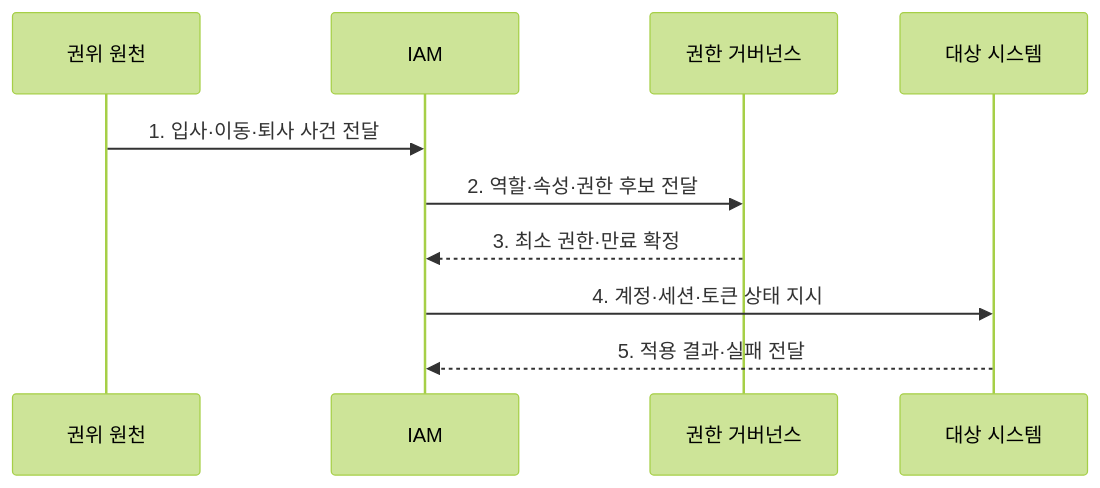
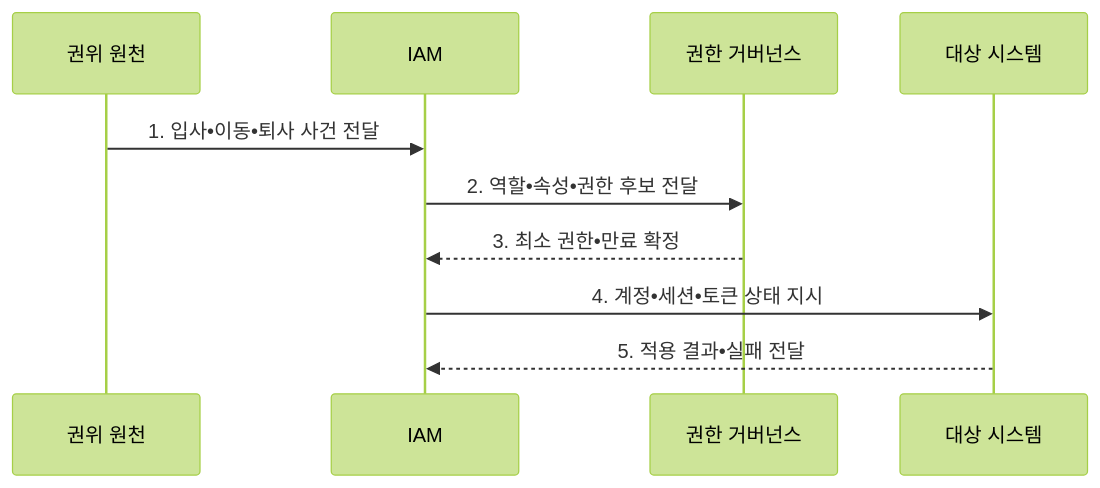
One commit to agnusdei1207/knowledge-base changed the second of 2 diagrams in src/content/docs/notes/05-security/061_iam.md. Above: the diagram before and after it, drawn with Mermaid (forest theme). The commit also changed other lines of this file and 953 other files, not shown here.

````diff
--- a/src/content/docs/notes/05-security/061_iam.md
+++ b/src/content/docs/notes/05-security/061_iam.md
@@ -102,12 +102,12 @@
 ```mermaid
 sequenceDiagram
     participant H as 권위 원천
     participant I as IAM
     participant G as 권한 거버넌스
     participant S as 대상 시스템
-    H->>I: 1. 입사·이동·퇴사 사건 전달
-    I->>G: 2. 역할·속성·권한 후보 전달
-    G-->>I: 3. 최소 권한·만료 확정
-    I->>S: 4. 계정·세션·토큰 상태 지시
-    S-->>I: 5. 적용 결과·실패 전달
+    H->>I: 1. 입사•이동•퇴사 사건 전달
+    I->>G: 2. 역할•속성•권한 후보 전달
+    G-->>I: 3. 최소 권한•만료 확정
+    I->>S: 4. 계정•세션•토큰 상태 지시
+    S-->>I: 5. 적용 결과•실패 전달
 ```
````
